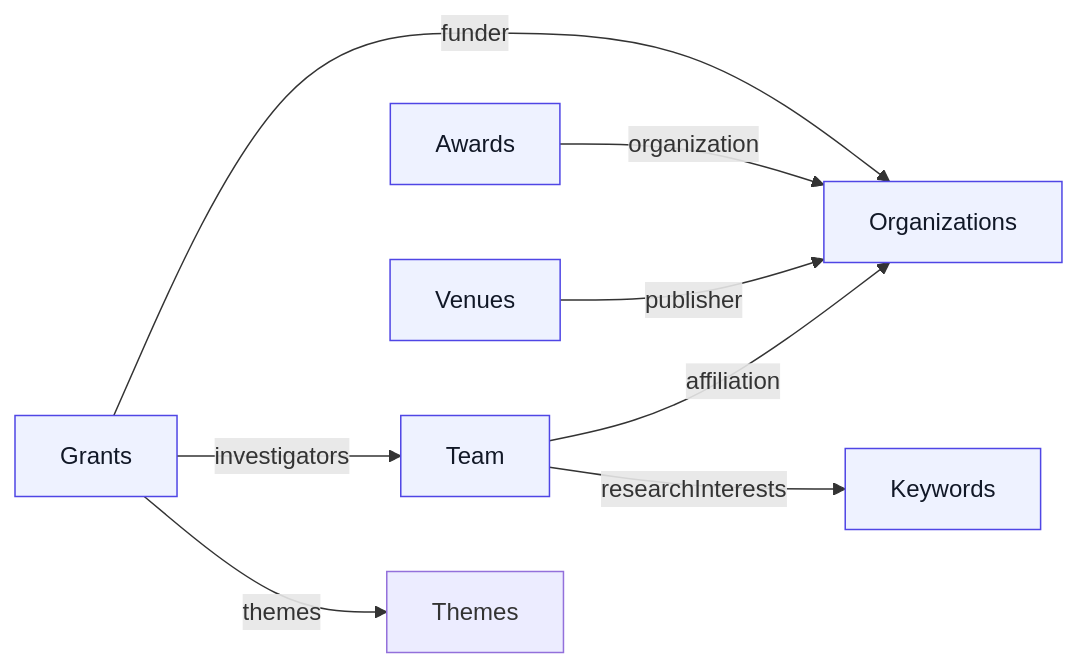
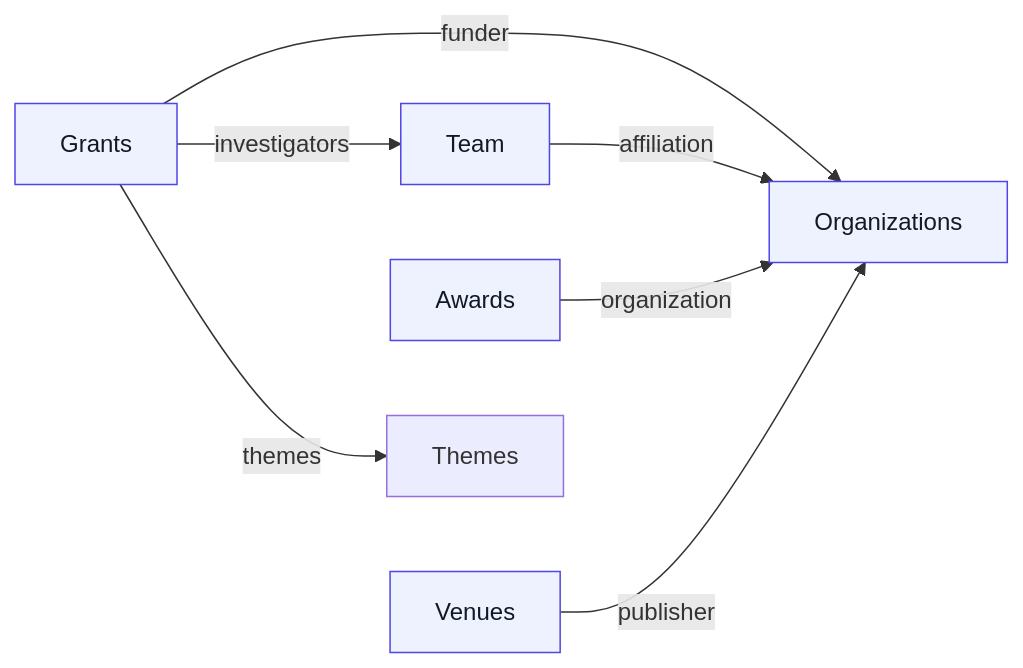
Before and after one commit to uzayer/labkit: the third of 4 diagrams in docs/architecture/data-schema.md, drawn with Mermaid. The commit also changed other lines of this file and 6 other files, not shown here.

````diff
--- a/docs/architecture/data-schema.md
+++ b/docs/architecture/data-schema.md
@@ -114,21 +87,19 @@
 ```mermaid
 flowchart LR
   classDef collection fill:#EEF2FF,stroke:#4F46E5,stroke-width:1px,color:#111827;
 
   Grants:::collection
   Team:::collection
   Organizations:::collection
-  Keywords:::collection
   Awards:::collection
   Venues:::collection
 
   Grants -->|funder| Organizations
   Grants -->|investigators| Team
   Grants -->|themes| Themes
 
   Team -->|affiliation| Organizations
-  Team -->|researchInterests| Keywords
 
   Awards -->|organization| Organizations
   Venues -->|publisher| Organizations
 ```
````
